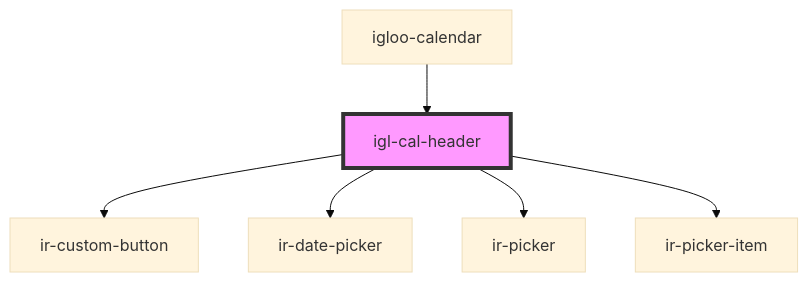
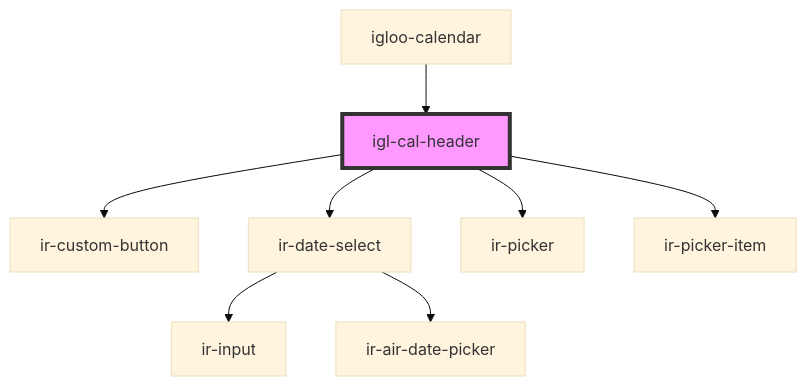
Before and after one commit to RonyRizk/ir-webcmp: the diagram in src/components/igloo-calendar/igl-cal-header/readme.md, drawn with Mermaid (base theme). The commit also changed other lines of this file and 23 other files, not shown here.

````diff
--- a/src/components/igloo-calendar/igl-cal-header/readme.md
+++ b/src/components/igloo-calendar/igl-cal-header/readme.md
@@ -43,9 +43,11 @@
 ```mermaid
 graph TD;
   igl-cal-header --> ir-custom-button
-  igl-cal-header --> ir-date-picker
+  igl-cal-header --> ir-date-select
   igl-cal-header --> ir-picker
   igl-cal-header --> ir-picker-item
+  ir-date-select --> ir-input
+  ir-date-select --> ir-air-date-picker
   igloo-calendar --> igl-cal-header
   style igl-cal-header fill:#f9f,stroke:#333,stroke-width:4px
 ```
````
